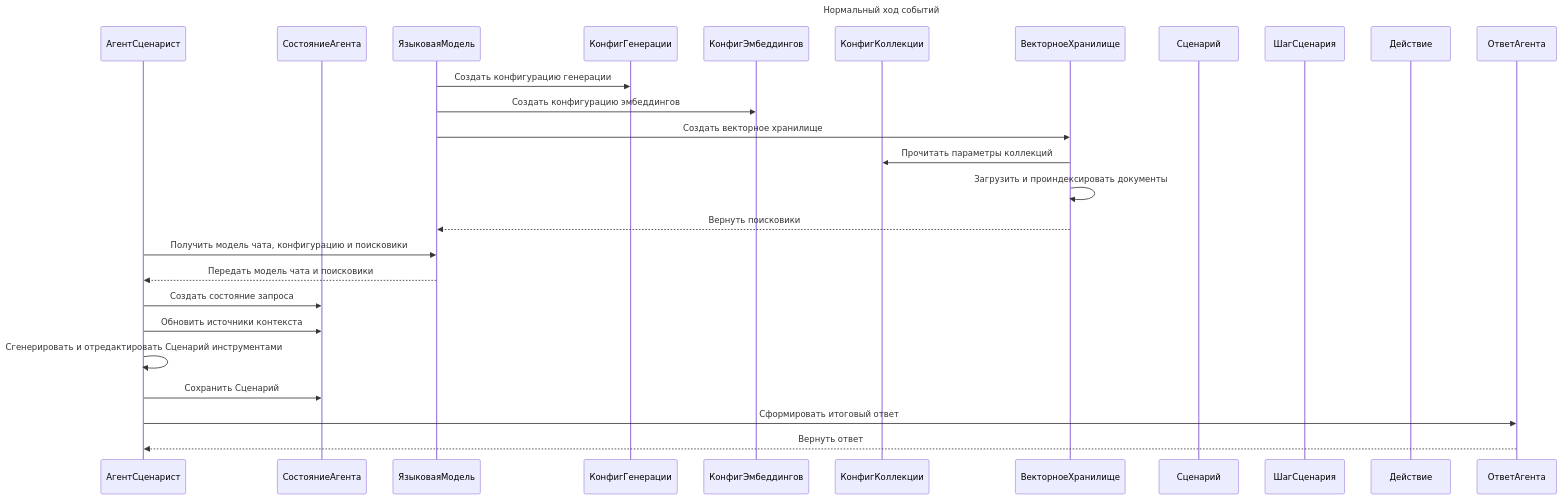
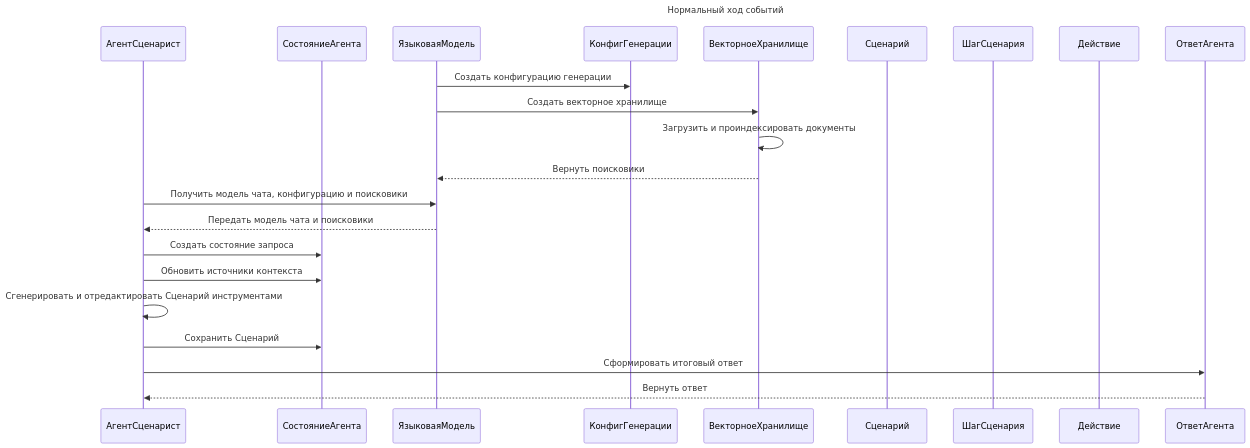
The first of 3 diagrams in Пакет Обработка эмбеддингов/2. Диаграмма последовательностей взаимодействия объектов классов пакета.md (CHSU-scenarAIst/diagrammy), drawn with Mermaid before and after one commit. The commit also changed other lines of this file and 3 other files, not shown here.

````diff
--- a/Пакет Обработка эмбеддингов/2. Диаграмма последовательностей взаимодействия объектов классов пакета.md
+++ b/Пакет Обработка эмбеддингов/2. Диаграмма последовательностей взаимодействия объектов классов пакета.md
@@ -16,32 +16,28 @@
 ```mermaid
 ---
 title: Нормальный ход событий
 ---
 sequenceDiagram
     participant АгентСценарист
     participant СостояниеАгента
     participant ЯзыковаяМодель
     participant КонфигГенерации
-    participant КонфигЭмбеддингов
-    participant КонфигКоллекции
     participant ВекторноеХранилище
     participant Сценарий
     participant ШагСценария
     participant Действие
     participant ОтветАгента
 
     ЯзыковаяМодель->>КонфигГенерации: Создать конфигурацию генерации
-    ЯзыковаяМодель->>КонфигЭмбеддингов: Создать конфигурацию эмбеддингов
     ЯзыковаяМодель->>ВекторноеХранилище: Создать векторное хранилище
-    ВекторноеХранилище->>КонфигКоллекции: Прочитать параметры коллекций
     ВекторноеХранилище->>ВекторноеХранилище: Загрузить и проиндексировать документы
     ВекторноеХранилище-->>ЯзыковаяМодель: Вернуть поисковики
     АгентСценарист->>ЯзыковаяМодель: Получить модель чата, конфигурацию и поисковики
     ЯзыковаяМодель-->>АгентСценарист: Передать модель чата и поисковики
     АгентСценарист->>СостояниеАгента: Создать состояние запроса
     АгентСценарист->>СостояниеАгента: Обновить источники контекста
     АгентСценарист->>АгентСценарист: Сгенерировать и отредактировать Сценарий инструментами
     АгентСценарист->>СостояниеАгента: Сохранить Сценарий
     АгентСценарист->>ОтветАгента: Сформировать итоговый ответ
     ОтветАгента-->>АгентСценарист: Вернуть ответ
 ```
````
